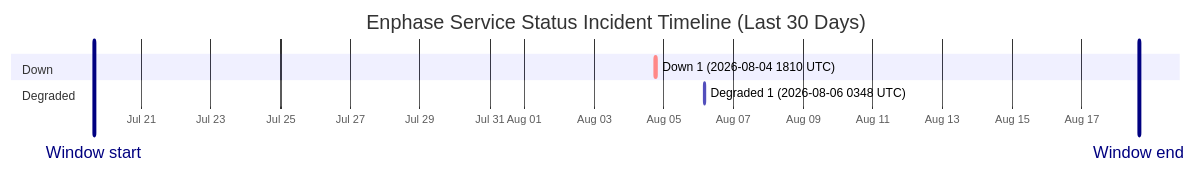
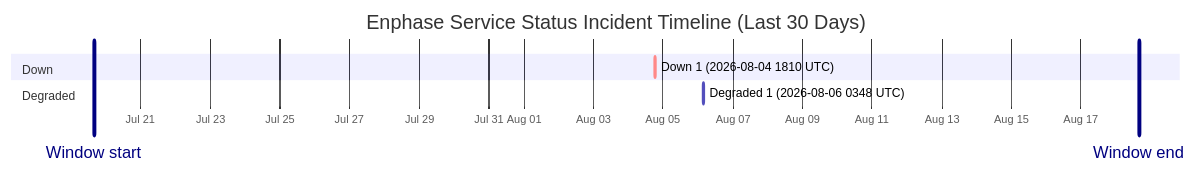
One commit to barneyonline/ha-enphase-energy changed the diagram in wiki/Service-Status-History.md. Above: the diagram before and after it, drawn with Mermaid. The commit also changed other lines of this file and 3 other files, not shown here.

````diff
--- a/wiki/Service-Status-History.md
+++ b/wiki/Service-Status-History.md
@@ -14,12 +14,12 @@
 ```mermaid
 gantt
     title Enphase Service Status Incident Timeline (Last 30 Days)
     dateFormat  YYYY-MM-DDTHH:mm:ss
     axisFormat  %b %d
-    Window start :vert, window-start, 2026-07-19T15:29:28, 0ms
-    Window end :vert, window-end, 2026-08-18T15:29:28, 0ms
+    Window start :vert, window-start, 2026-07-19T15:58:47, 0ms
+    Window end :vert, window-end, 2026-08-18T15:58:47, 0ms
     section Down
     Down 1 (2026-08-04 1810 UTC) :crit, down-1, 2026-08-04T18:10:46, 60m
     section Degraded
     Degraded 1 (2026-08-06 0348 UTC) :active, degraded-1, 2026-08-06T03:48:14, 60m
 ```
````
